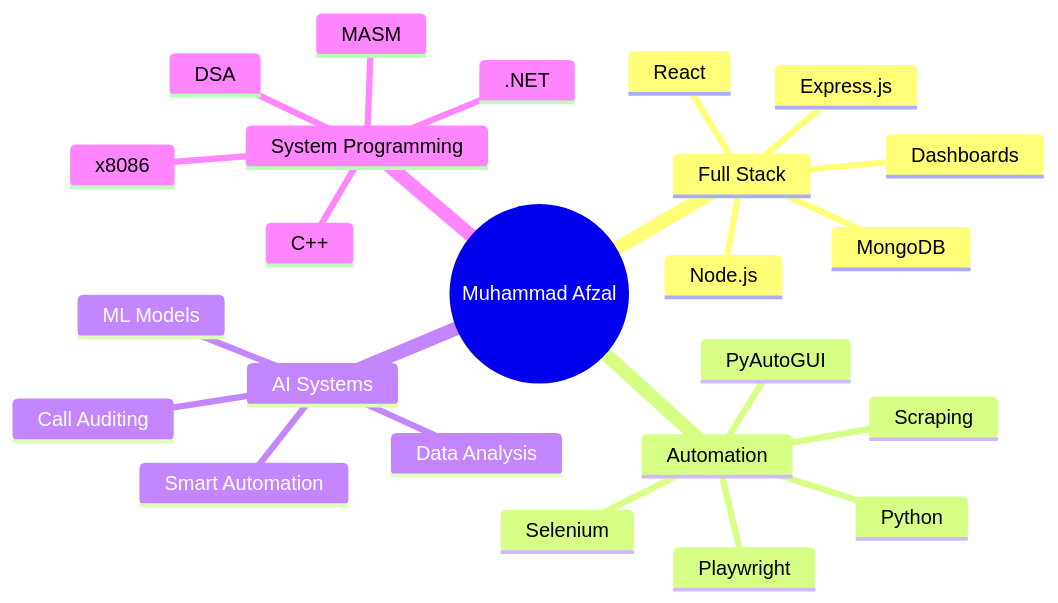
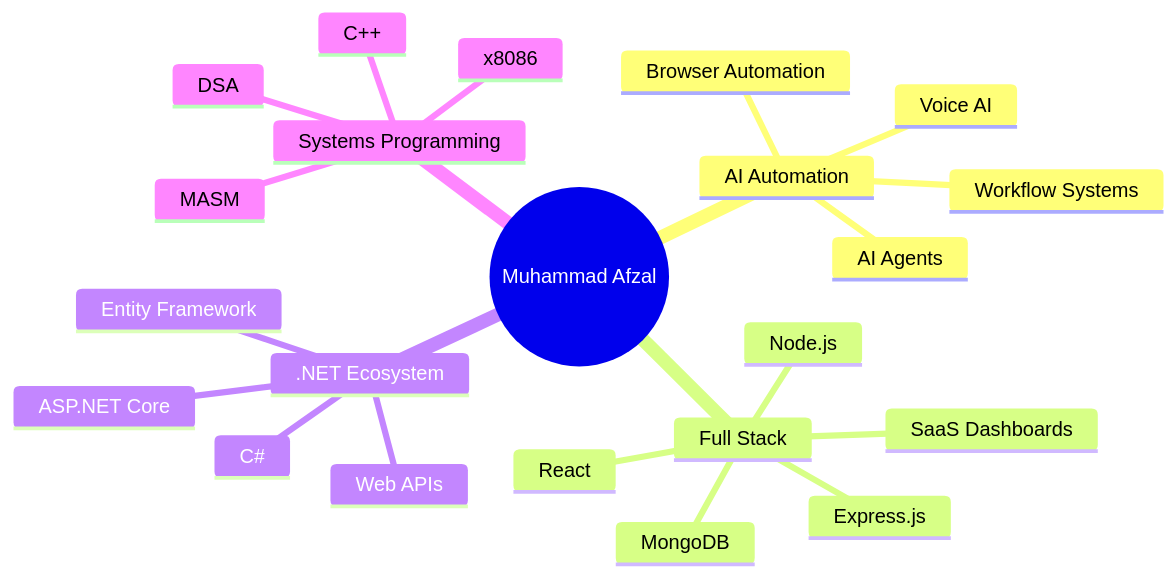
One commit to mafzalkalwardev/mafzalkalwardev changed the diagram in README.md. Above: the diagram before and after it, drawn with Mermaid. The commit also changed other lines of this file, not shown here.

````diff
--- a/README.md
+++ b/README.md
@@ -411,27 +195,28 @@
 ```mermaid
 mindmap
   root((Muhammad Afzal))
+    AI Automation
+      Voice AI
+      Browser Automation
+      AI Agents
+      Workflow Systems
+
     Full Stack
       Node.js
       Express.js
       MongoDB
       React
-      Dashboards
-    Automation
-      Python
-      Playwright
-      Selenium
-      PyAutoGUI
-      Scraping
-    AI Systems
-      Call Auditing
-      ML Models
-      Data Analysis
-      Smart Automation
-    System Programming
+      SaaS Dashboards
+
+    .NET Ecosystem
+      C#
+      ASP.NET Core
+      Entity Framework
+      Web APIs
+
+    Systems Programming
       C++
       DSA
       MASM
       x8086
-      .NET
 ```
````
